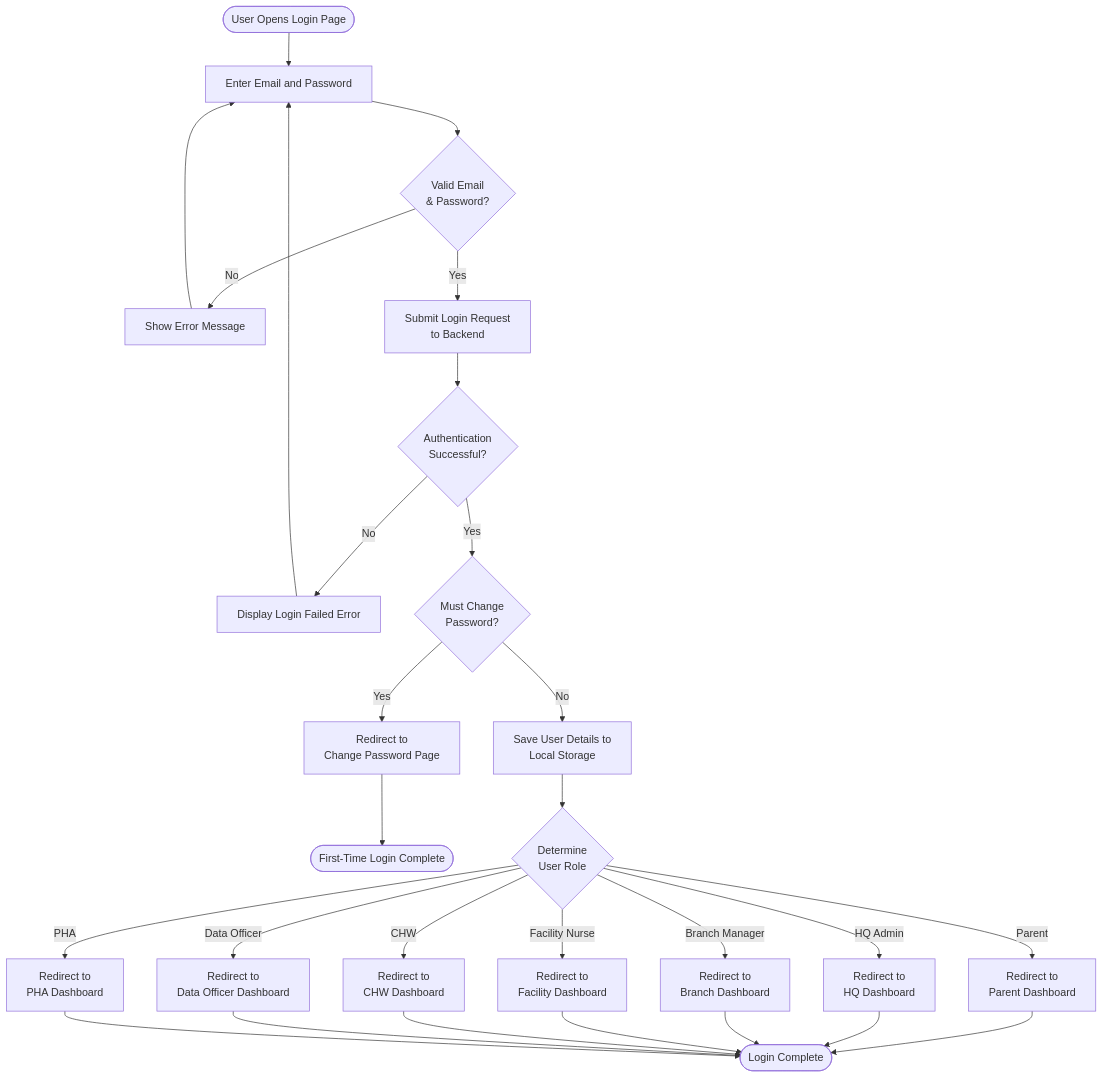
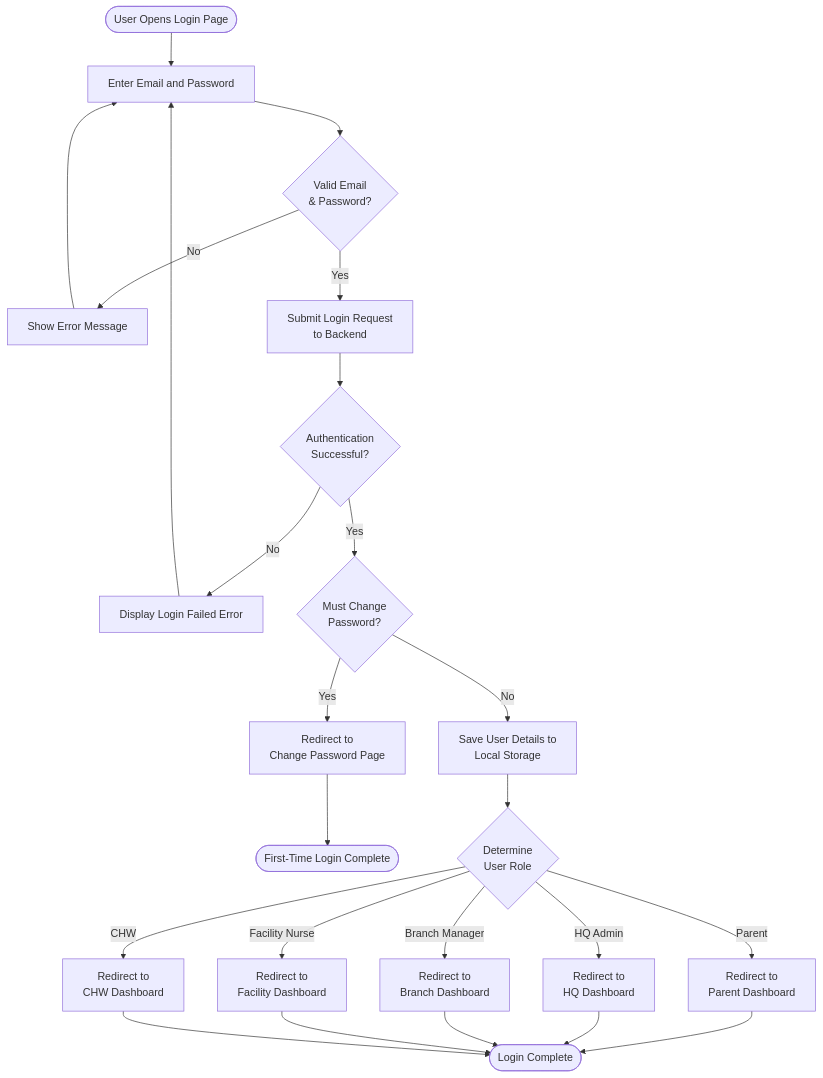
Before and after one commit to Juny-max/child-vaccination-system: the first of 10 diagrams in SYSTEM_FLOWCHARTS.md, drawn with Mermaid. The commit also changed other lines of this file and 1 other file, not shown here.

First line of the commit message:
docs: update flowcharts and diagrams to reflect current 5-role system

````diff
--- a/SYSTEM_FLOWCHARTS.md
+++ b/SYSTEM_FLOWCHARTS.md
@@ -28,39 +28,35 @@
 ```mermaid
 flowchart TD
     Start([User Opens Login Page])
     Start --> EnterCredentials[Enter Email and Password]
     EnterCredentials --> Validate{Valid Email<br/>& Password?}
     
     Validate -->|No| ShowError[Show Error Message]
     ShowError --> EnterCredentials
     
     Validate -->|Yes| SubmitLogin[Submit Login Request<br/>to Backend]
     SubmitLogin --> AuthCheck{Authentication<br/>Successful?}
     
     AuthCheck -->|No| DisplayError[Display Login Failed Error]
     DisplayError --> EnterCredentials
     
     AuthCheck -->|Yes| CheckPassword{Must Change<br/>Password?}
     
     CheckPassword -->|Yes| RedirectChange[Redirect to<br/>Change Password Page]
     RedirectChange --> End1([First-Time Login Complete])
     
     CheckPassword -->|No| SaveUserData[Save User Details to<br/>Local Storage]
     SaveUserData --> CheckRole{Determine<br/>User Role}
     
     CheckRole -->|Parent| ParentDash[Redirect to<br/>Parent Dashboard]
     CheckRole -->|HQ Admin| HQDash[Redirect to<br/>HQ Dashboard]
     CheckRole -->|Branch Manager| BranchDash[Redirect to<br/>Branch Dashboard]
     CheckRole -->|Facility Nurse| FacilityDash[Redirect to<br/>Facility Dashboard]
     CheckRole -->|CHW| CHWDash[Redirect to<br/>CHW Dashboard]
-    CheckRole -->|Data Officer| DataDash[Redirect to<br/>Data Officer Dashboard]
-    CheckRole -->|PHA| PHADash[Redirect to<br/>PHA Dashboard]
     
     ParentDash --> End2([Login Complete])
     HQDash --> End2
     BranchDash --> End2
     FacilityDash --> End2
     CHWDash --> End2
-    DataDash --> End2
-    PHADash --> End2
 ```
````
